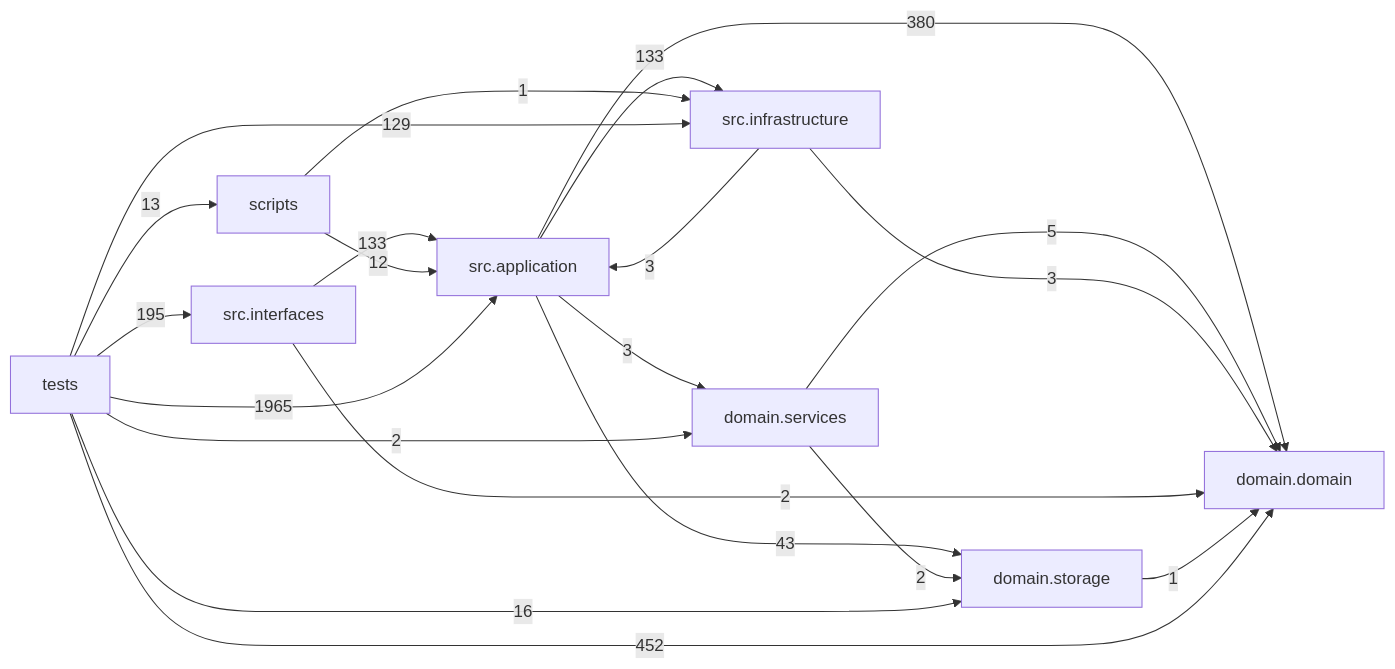
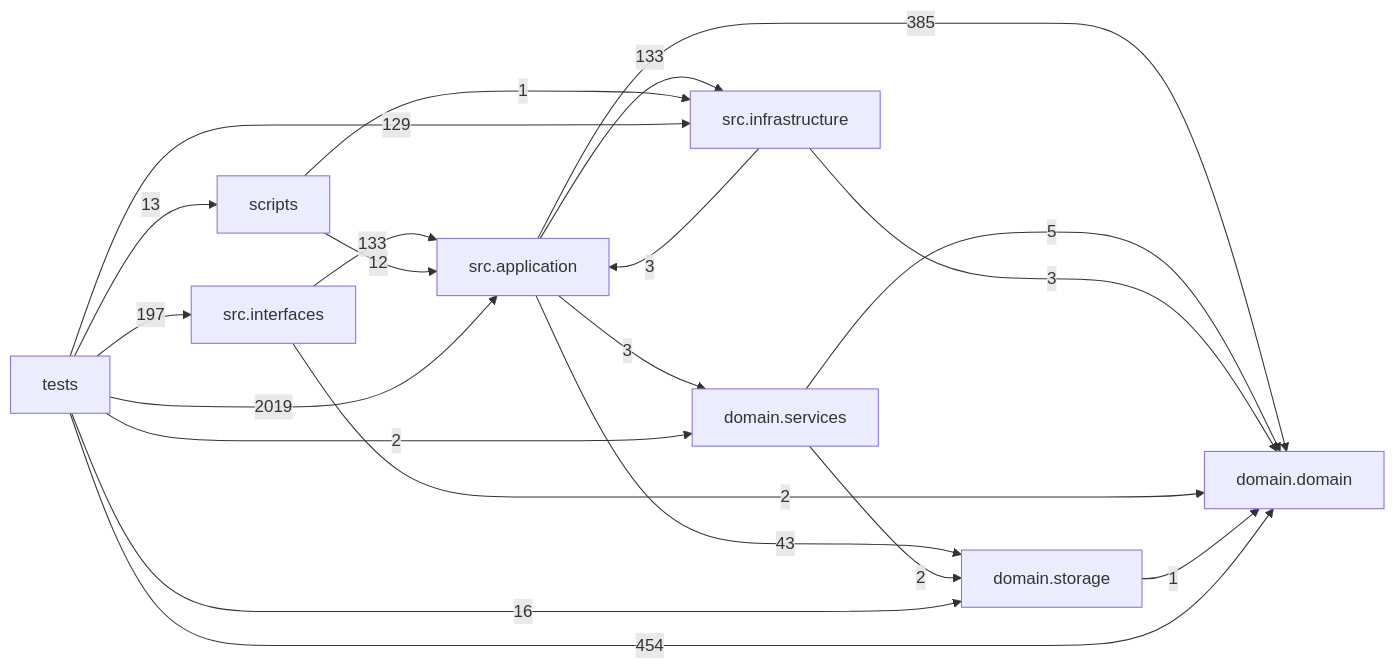
One commit to liuxie066/options-monitor changed the diagram in docs/DEPENDENCY_GRAPH.md. Above: the diagram before and after it, drawn with Mermaid. The commit also changed other lines of this file and 53 other files, not shown here.

````diff
--- a/docs/DEPENDENCY_GRAPH.md
+++ b/docs/DEPENDENCY_GRAPH.md
@@ -24,31 +24,31 @@
 ```mermaid
 flowchart LR
   tests["tests"]
   scripts["scripts"]
   interfaces["src.interfaces"]
   application["src.application"]
   infrastructure["src.infrastructure"]
   domain_services["domain.services"]
   domain["domain.domain"]
   storage["domain.storage"]
-  application -->|380| domain
+  application -->|385| domain
   application -->|3| domain_services
   application -->|133| infrastructure
   application -->|43| storage
   domain_services -->|5| domain
   domain_services -->|2| storage
   infrastructure -->|3| application
   infrastructure -->|3| domain
   interfaces -->|133| application
   interfaces -->|2| domain
   scripts -->|12| application
   scripts -->|1| infrastructure
   storage -->|1| domain
-  tests -->|1965| application
-  tests -->|452| domain
+  tests -->|2019| application
+  tests -->|454| domain
   tests -->|2| domain_services
   tests -->|129| infrastructure
-  tests -->|195| interfaces
+  tests -->|197| interfaces
   tests -->|13| scripts
   tests -->|16| storage
 ```
````
